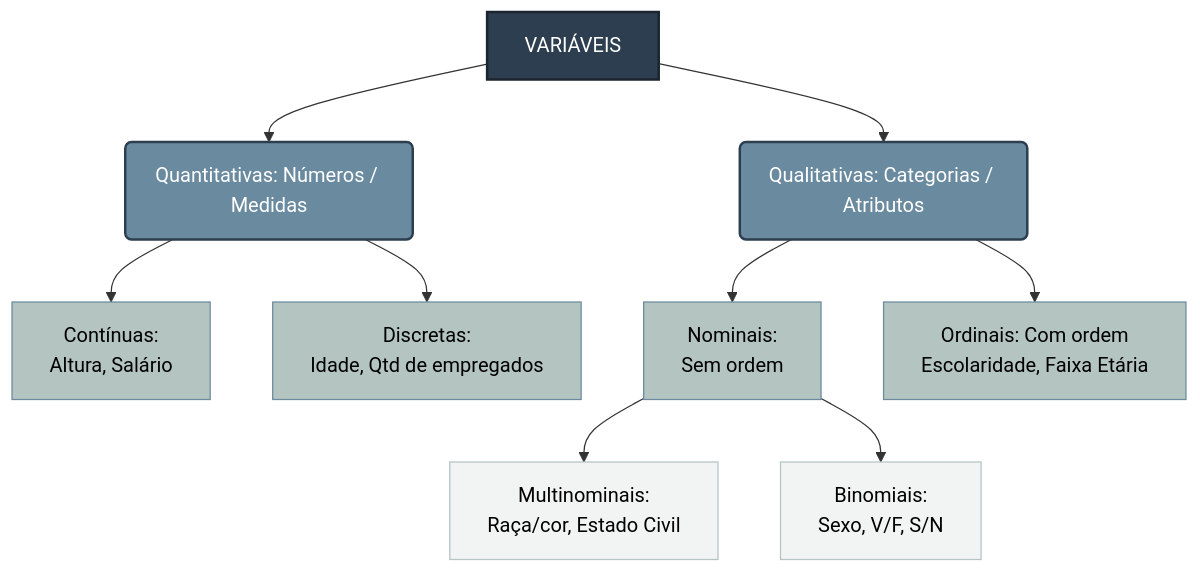
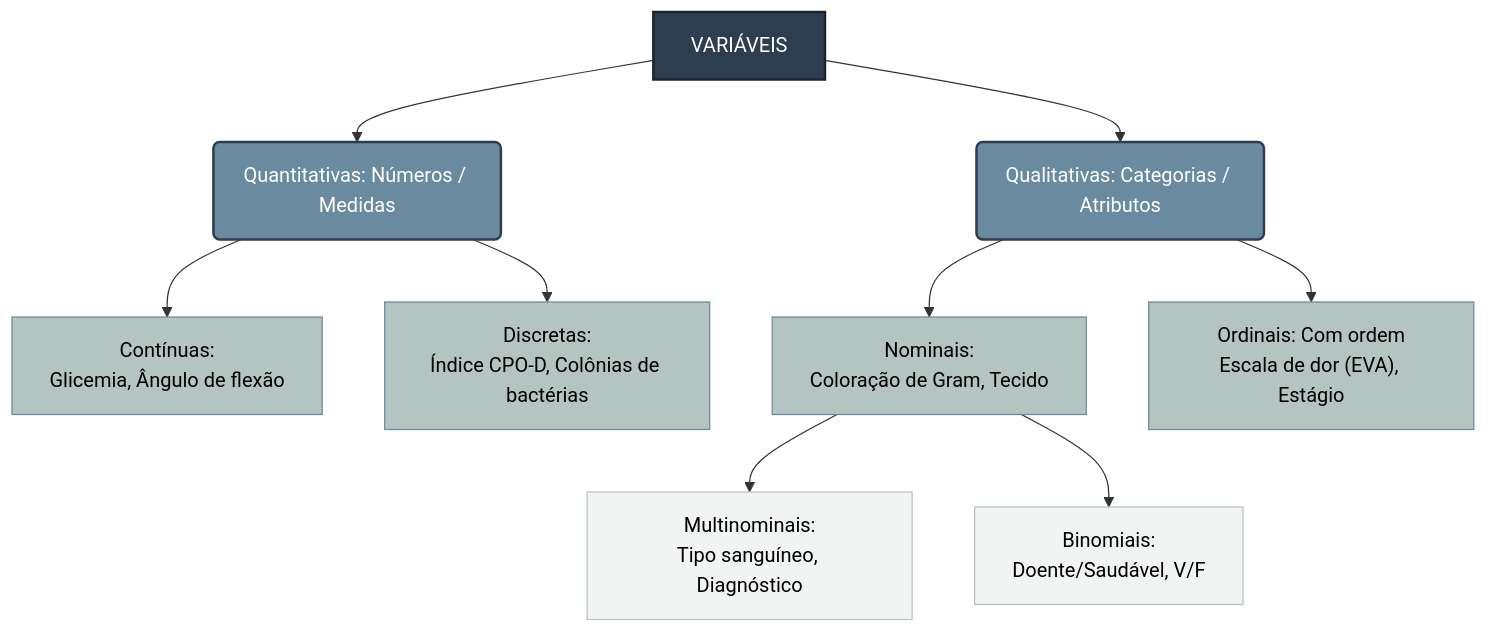
One commit to profmsouzaoficial/estatistica-biocientistas changed the diagram in cap01_introducao.qmd. Above: the diagram before and after it, drawn with Mermaid. The commit also changed other lines of this file and 19 other files, not shown here.

````diff
--- a/cap01_introducao.qmd
+++ b/cap01_introducao.qmd
@@ -51,25 +46,25 @@
 ```{mermaid}
-%%| fig-cap: "Classificação das Variáveis Estatísticas"
+%%| fig-cap: "Classificação das Variáveis Estatísticas nas Biociências"
 flowchart TD
   A[VARIÁVEIS] --> B("Quantitativas: Números / Medidas")
   A --> C("Qualitativas: Categorias / Atributos")
 
-  B --> D["Contínuas:<br>Altura, Salário"]
-  B --> E["Discretas:<br>Idade, Qtd de empregados"]
+  B --> D["Contínuas:<br>Glicemia, Ângulo de flexão"]
+  B --> E["Discretas:<br>Índice CPO-D, Colônias de bactérias"]
 
-  C --> F["Nominais:<br>Sem ordem"]
-  C --> G["Ordinais: Com ordem<br>Escolaridade, Faixa Etária"]
+  C --> F["Nominais:<br>Coloração de Gram, Tecido"]
+  C --> G["Ordinais: Com ordem<br>Escala de dor (EVA), Estágio"]
 
-  F --> H["Multinominais:<br>Raça/cor, Estado Civil"]
-  F --> I["Binomiais:<br>Sexo, V/F, S/N"]
+  F --> H["Multinominais:<br>Tipo sanguíneo, Diagnóstico"]
+  F --> I["Binomiais:<br>Doente/Saudável, V/F"]
 
   style A fill:#2C3E50,stroke:#1A252F,stroke-width:2px,color:#ffffff
   style B fill:#6A8A9F,stroke:#2C3E50,stroke-width:2px,color:#ffffff
   style C fill:#6A8A9F,stroke:#2C3E50,stroke-width:2px,color:#ffffff
   style D fill:#B4C4C1,stroke:#6A8A9F,color:#000000
   style E fill:#B4C4C1,stroke:#6A8A9F,color:#000000
   style F fill:#B4C4C1,stroke:#6A8A9F,color:#000000
   style G fill:#B4C4C1,stroke:#6A8A9F,color:#000000
   style H fill:#F2F4F4,stroke:#B4C4C1,color:#000000
   style I fill:#F2F4F4,stroke:#B4C4C1,color:#000000
-  ```
+```
````
